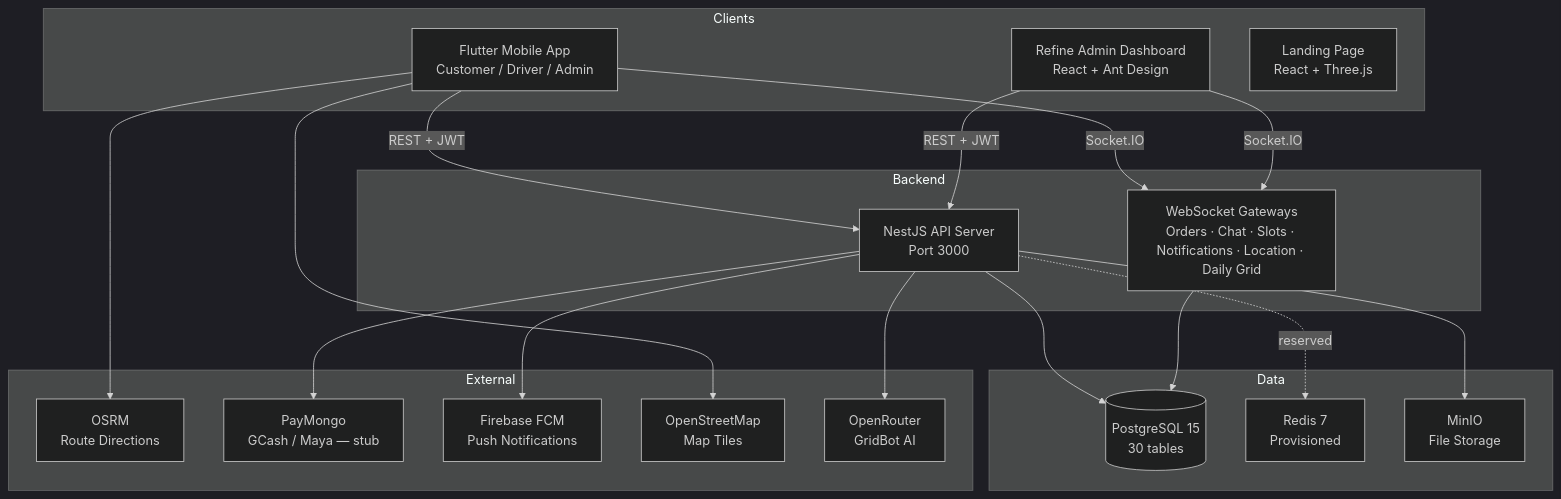
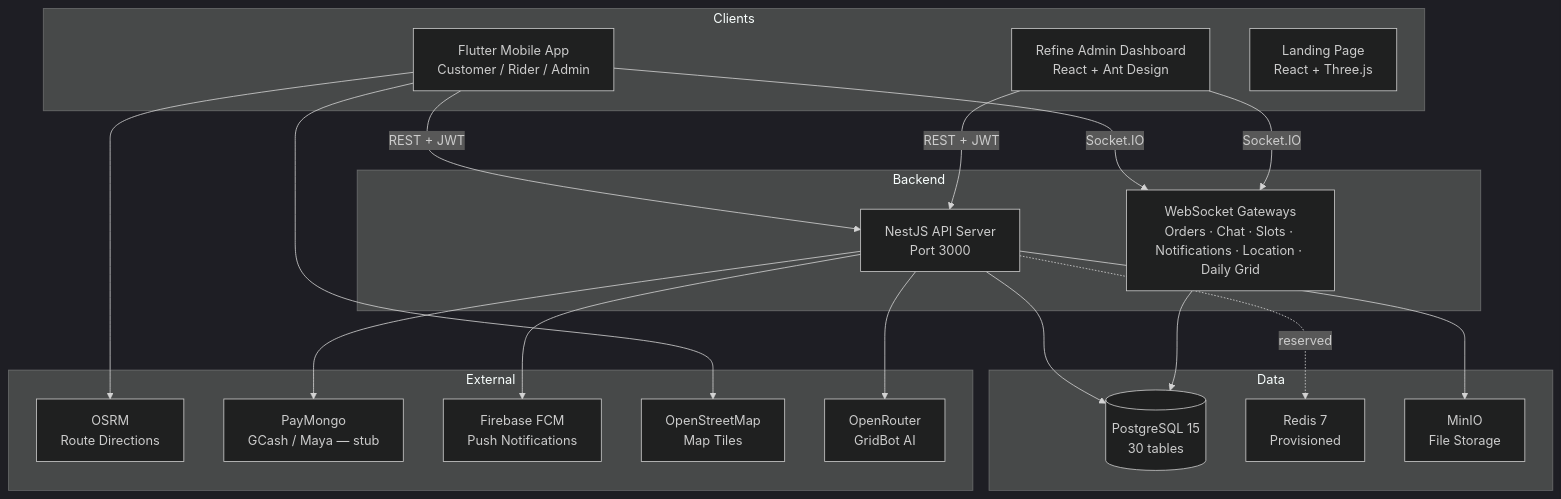
One commit to rqms40/printing_app changed the first of 3 diagrams in README.md. Above: the diagram before and after it, drawn with Mermaid (dark theme). The commit also changed other lines of this file and 290 other files, not shown here.

Commit message:
Rename driver role to rider and GRIDGO

````diff
--- a/README.md
+++ b/README.md
@@ -15,41 +15,41 @@
 ```mermaid
 graph TB
     subgraph Clients
-        A[Flutter Mobile App<br/>Customer / Driver / Admin]
+        A[Flutter Mobile App<br/>Customer / Rider / Admin]
         AA[Refine Admin Dashboard<br/>React + Ant Design]
         LP[Landing Page<br/>React + Three.js]
     end
 
     subgraph Backend
         C[NestJS API Server<br/>Port 3000]
         D[WebSocket Gateways<br/>Orders · Chat · Slots · Notifications · Location · Daily Grid]
     end
 
     subgraph Data
         E[(PostgreSQL 15<br/>30 tables)]
         F[Redis 7<br/>Provisioned]
         G[MinIO<br/>File Storage]
     end
 
     subgraph External
         H[OSRM<br/>Route Directions]
         I[PayMongo<br/>GCash / Maya — stub]
         J[Firebase FCM<br/>Push Notifications]
         K[OpenStreetMap<br/>Map Tiles]
         L[OpenRouter<br/>GridBot AI]
     end
 
     A -->|REST + JWT| C
     A -->|Socket.IO| D
     AA -->|REST + JWT| C
     AA -->|Socket.IO| D
     C --> E
     C -.->|reserved| F
     C --> G
     D --> E
     A --> H
     A --> K
     C --> I
     C --> J
     C --> L
 ```
````
